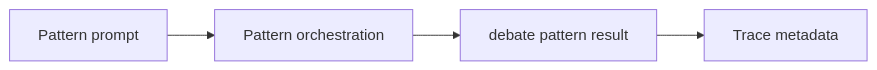
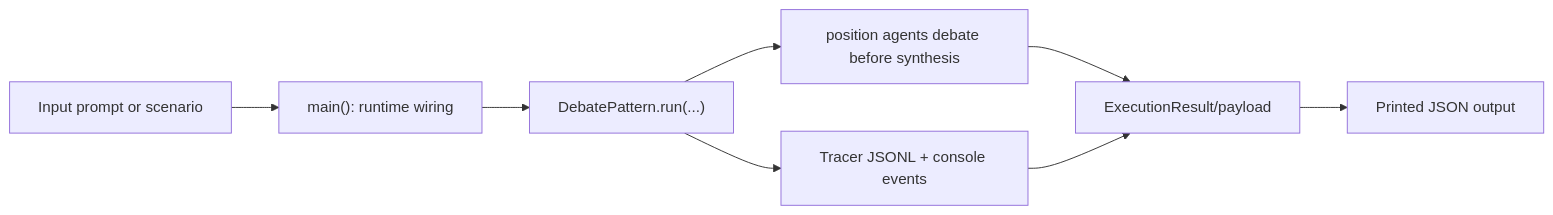
One commit to cmudrc/design-research-agents changed the diagram in docs/examples/patterns/debate_pattern.rst. Above: the diagram before and after it, drawn with Mermaid. The commit also changed other lines of this file and 83 other files, not shown here.

```diff
--- a/docs/examples/patterns/debate_pattern.rst
+++ b/docs/examples/patterns/debate_pattern.rst
@@ -21,6 +22,10 @@
 .. mermaid::
 
    flowchart LR
-       A["Pattern prompt"] --> B["Pattern orchestration"]
-       B --> C["debate pattern result"]
-       C --> D["Trace metadata"]
+       A["Input prompt or scenario"] --> B["main(): runtime wiring"]
+       B --> C["DebatePattern.run(...)"]
+       C --> D["position agents debate before synthesis"]
+       C --> E["Tracer JSONL + console events"]
+       D --> F["ExecutionResult/payload"]
+       E --> F
+       F --> G["Printed JSON output"]
```
